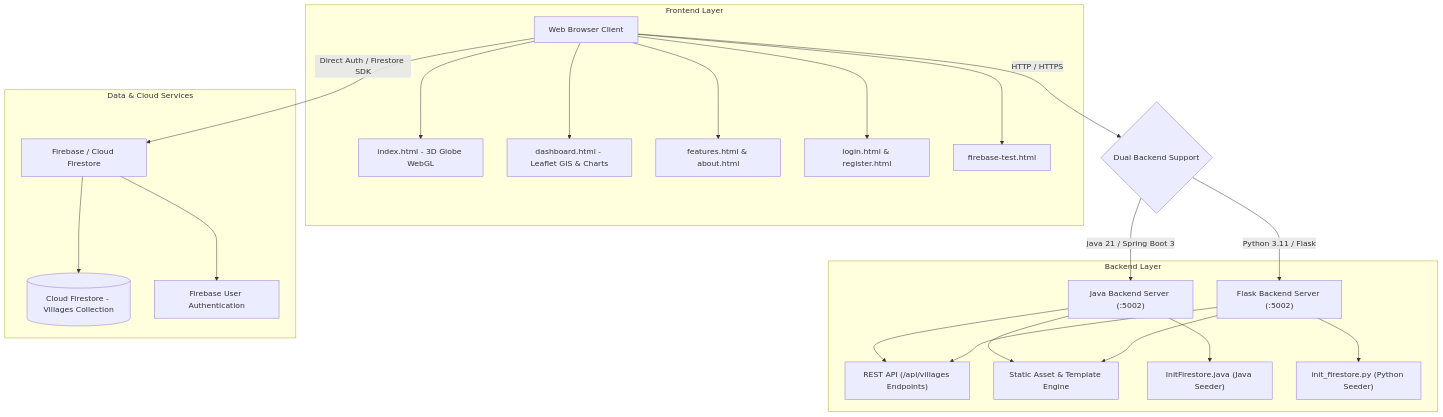
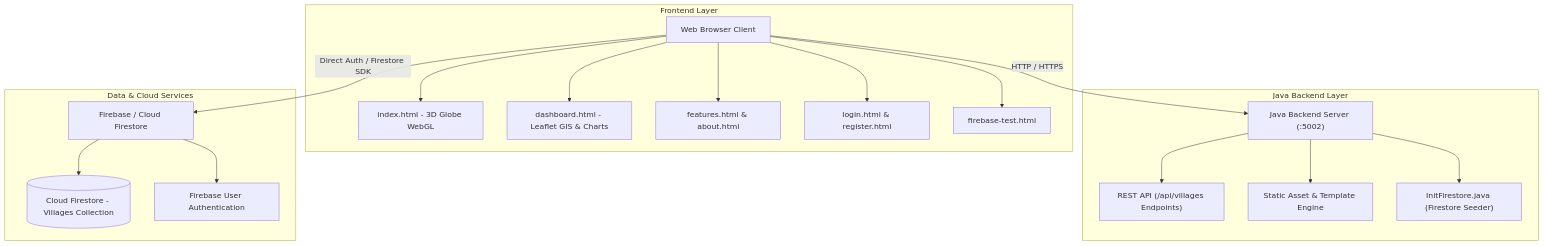
Before and after one commit to harshdewase51-collab/Smart-Gram: the diagram in README.md, drawn with Mermaid. The commit also changed other lines of this file and 22 other files, not shown here.

Commit message:
refactor: eliminate all Python code and transition entire backend to Java 21 & Spring Boot

````diff
--- a/README.md
+++ b/README.md
@@ -78,29 +77,24 @@
 ```mermaid
 graph TD
-    Client["Web Browser Client"] -->|HTTP / HTTPS| BackendChoice{"Dual Backend Support"}
-    BackendChoice -->|Java 21 / Spring Boot 3| JavaServer["Java Backend Server (:5002)"]
-    BackendChoice -->|Python 3.11 / Flask| FlaskServer["Flask Backend Server (:5002)"]
+    Client["Web Browser Client"] -->|HTTP / HTTPS| JavaServer["Java Backend Server (:5002)"]
     Client -->|Direct Auth / Firestore SDK| FirebaseCloud["Firebase / Cloud Firestore"]
     
     subgraph Frontend Layer
         Client --> Home["index.html - 3D Globe WebGL"]
         Client --> Dashboard["dashboard.html - Leaflet GIS & Charts"]
         Client --> Features["features.html & about.html"]
         Client --> AuthPages["login.html & register.html"]
         Client --> Diagnostic["firebase-test.html"]
     end
 
-    subgraph Backend Layer
+    subgraph Java Backend Layer
         JavaServer --> REST_API["REST API (/api/villages Endpoints)"]
         JavaServer --> StaticServer["Static Asset & Template Engine"]
-        FlaskServer --> REST_API
-        FlaskServer --> StaticServer
-        JavaServer --> JavaInit["InitFirestore.java (Java Seeder)"]
-        FlaskServer --> InitScript["init_firestore.py (Python Seeder)"]
+        JavaServer --> JavaInit["InitFirestore.java (Firestore Seeder)"]
     end
 
     subgraph Data & Cloud Services
         FirebaseCloud --> FirestoreDB[("Cloud Firestore - Villages Collection")]
         FirebaseCloud --> FirebaseAuth["Firebase User Authentication"]
     end
 ```
````
